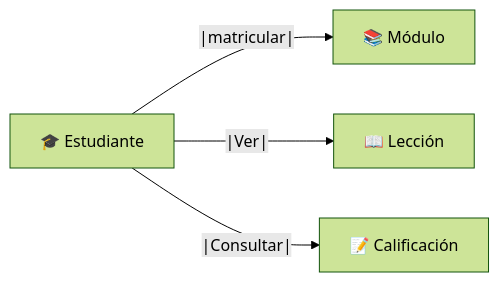
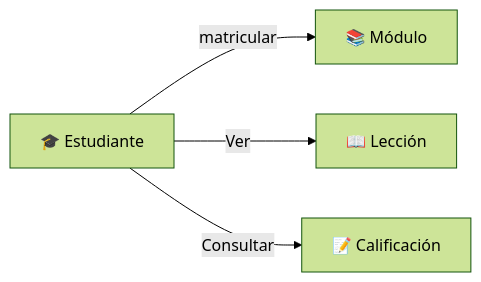
One commit to David-Luis-Mora/MkDocsLumino changed the second of 2 diagrams in docs/requisitos.md. Above: the diagram before and after it, drawn with Mermaid (forest theme). The commit also changed other lines of this file, not shown here.

Commit message:
modificacion de requisitos

````diff
--- a/docs/requisitos.md
+++ b/docs/requisitos.md
@@ -28,6 +28,6 @@
 ```mermaid
 graph LR
-  Estudiante["🎓 Estudiante"] --|matricular|--> Modulo["📚 Módulo"]
-  Estudiante --|Ver|--> Leccion["📖 Lección"]
-  Estudiante --|Consultar|--> Calificacion["📝 Calificación"]
+  Estudiante["🎓 Estudiante"] --matricular--> Modulo["📚 Módulo"]
+  Estudiante --Ver--> Leccion["📖 Lección"]
+  Estudiante --Consultar--> Calificacion["📝 Calificación"]
 ```
````
